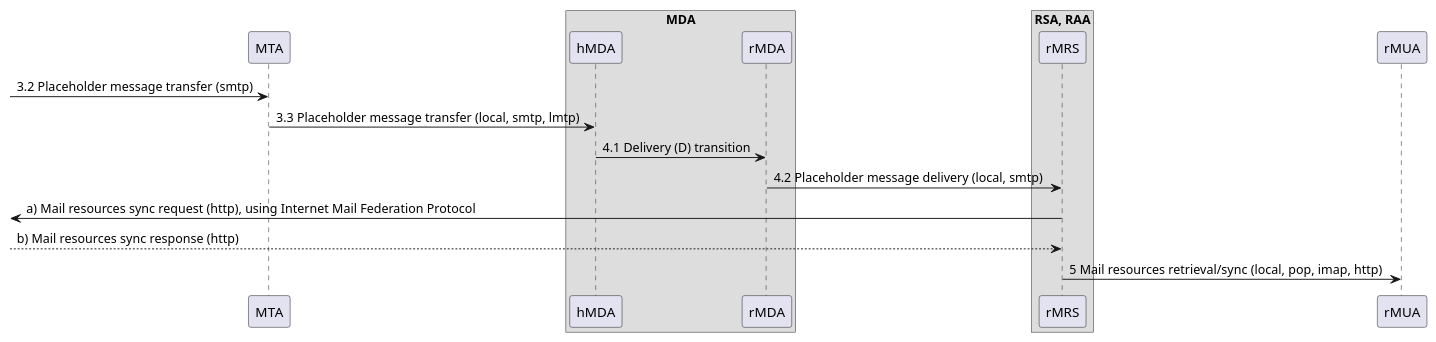
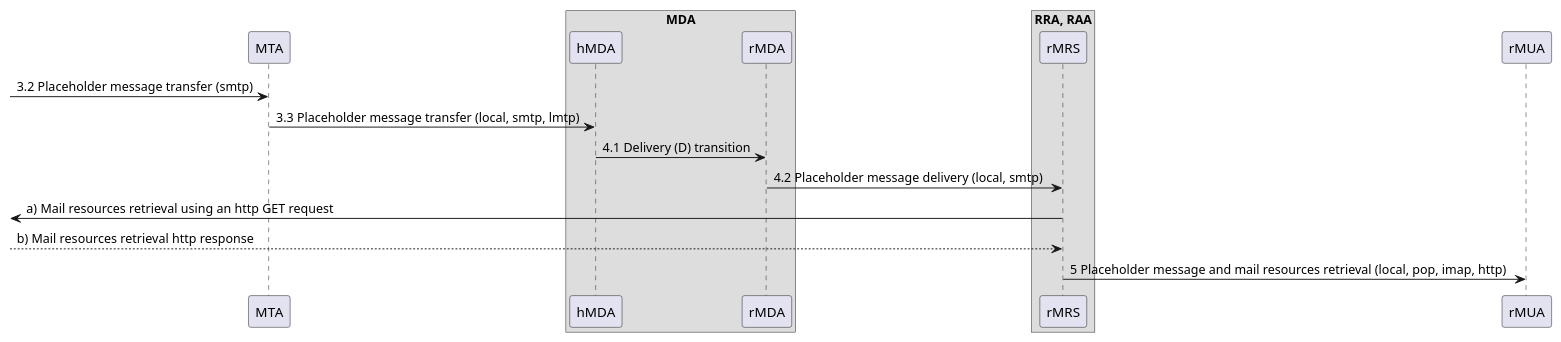
Before and after one commit to federizer/federizer: the diagram in docs/resources/authorization-enhanced_rfc5598_II_sd.puml, drawn with PlantUML. The commit also changed 4 other files, not shown here.

```diff
--- a/docs/resources/authorization-enhanced_rfc5598_II_sd.puml
+++ b/docs/resources/authorization-enhanced_rfc5598_II_sd.puml
@@ -1,41 +1,41 @@
 @startuml Authorization-Enhanced Internet Mail Architecture, message flow part II.
 
 /'
 Message
 Message User Agent (MUA)
     Author MUA (aMUA)
     Recipient MUA (rMUA)
 Message Submission Agent (MSA)
     Author-focused MSA functions (aMSA)
     MHS-focused MSA functions (hMSA)
 Message Transfer Agent (MTA)
 Message Delivery Agent (MDA)
     Recipient-focused MDA functions (rMDA)
     MHS-focused MDA functions (hMDA)
-Resource Sync Agent (RSA)
+Resource Retrieval Agent (RRA)
 Resource Access Agent (RAA)    
 Mail Resource Store (MRS)
     Author MRS (aMRS)
     Recipient MRS (rMRS)    
 '/
 
 'ADMD II. (bar.com)
 participant "MTA" as MTA /'MTA'/
 box "MDA" /'MDA'/
 participant "hMDA" as hMDA /'MHS-focused MDA'/
 participant "rMDA" as rMDA /'Recipient-focused MDA'/
 end box
-box "RSA, RAA" /'Resource Sync Agent, Resource Access Agent'/
+box "RRA, RAA" /'Resource Retrieval Agent, Resource Access Agent'/
 participant "rMRS" as rMRS /'Recipient MRS'/
 end box
 participant "rMUA" as rMUA /'MUA'/
 
 [-> MTA : 3.2 Placeholder message transfer (smtp)
 MTA -> hMDA : 3.3 Placeholder message transfer (local, smtp, lmtp)
 hMDA -> rMDA : 4.1 Delivery (D) transition
 rMDA -> rMRS : 4.2 Placeholder message delivery (local, smtp)
-rMRS ->[ : a) Mail resources sync request (http), using Internet Mail Federation Protocol
-rMRS <--[ : b) Mail resources sync response (http)
-rMRS -> rMUA : 5 Mail resources retrieval/sync (local, pop, imap, http)
+rMRS ->[ : a) Mail resources retrieval using an http GET request
+rMRS <--[ : b) Mail resources retrieval http response
+rMRS -> rMUA : 5 Placeholder message and mail resources retrieval (local, pop, imap, http)
 
 @enduml
```
